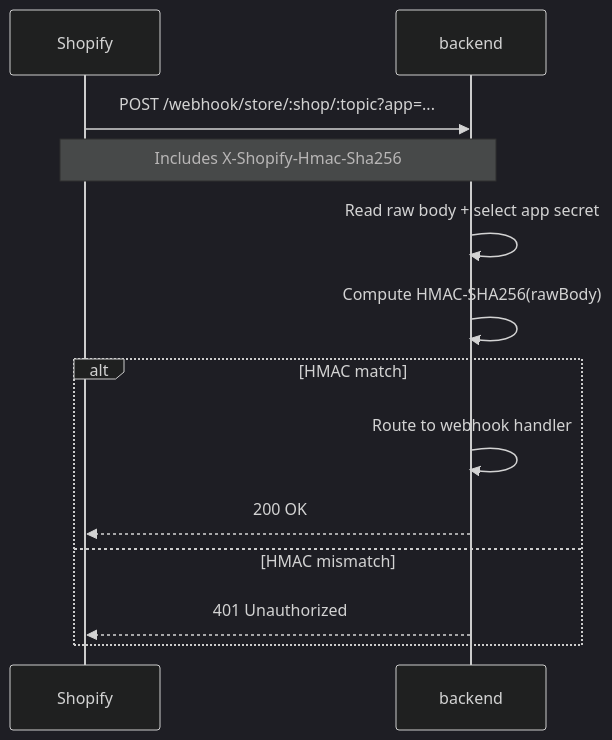
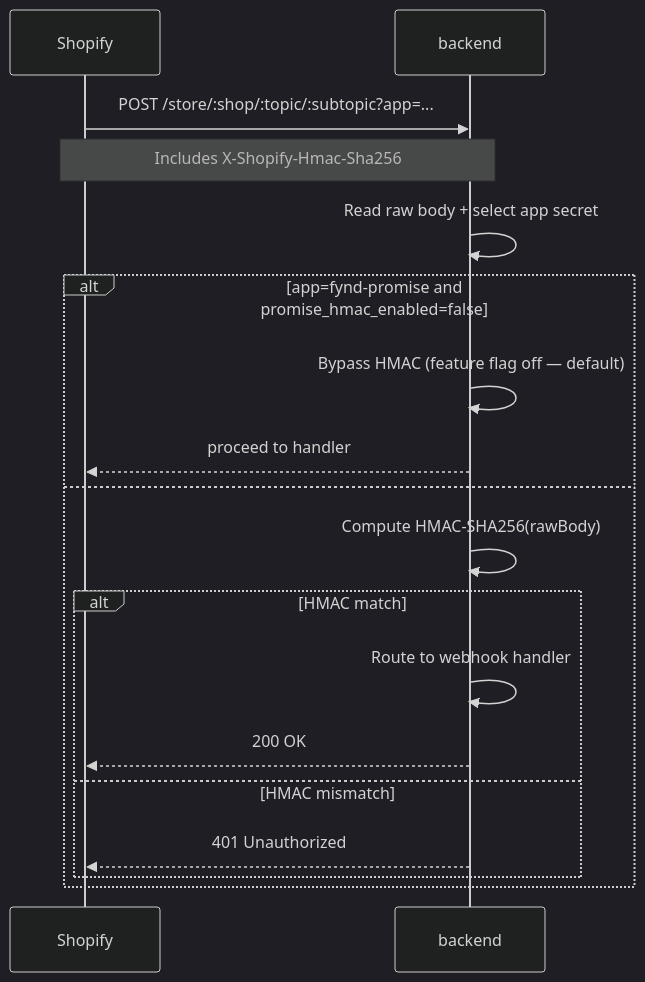
The third of 4 diagrams in docs/02-architecture/authentication.md (princesaliya4922/fynd-logistics-docs), drawn with Mermaid (dark theme) before and after one commit. The commit also changed other lines of this file and 48 other files, not shown here.

````diff
--- a/docs/02-architecture/authentication.md
+++ b/docs/02-architecture/authentication.md
@@ -99,16 +104,21 @@
 ```mermaid
 sequenceDiagram
     participant Shopify
     participant B as backend
 
-    Shopify->>B: POST /webhook/store/:shop/:topic?app=...
+    Shopify->>B: POST /store/:shop/:topic/:subtopic?app=...
     Note over Shopify,B: Includes X-Shopify-Hmac-Sha256
     B->>B: Read raw body + select app secret
-    B->>B: Compute HMAC-SHA256(rawBody)
-    alt HMAC match
-        B->>B: Route to webhook handler
-        B-->>Shopify: 200 OK
-    else HMAC mismatch
-        B-->>Shopify: 401 Unauthorized
+    alt app=fynd-promise and promise_hmac_enabled=false
+        B->>B: Bypass HMAC (feature flag off — default)
+        B-->>Shopify: proceed to handler
+    else
+        B->>B: Compute HMAC-SHA256(rawBody)
+        alt HMAC match
+            B->>B: Route to webhook handler
+            B-->>Shopify: 200 OK
+        else HMAC mismatch
+            B-->>Shopify: 401 Unauthorized
+        end
     end
 ```
````
